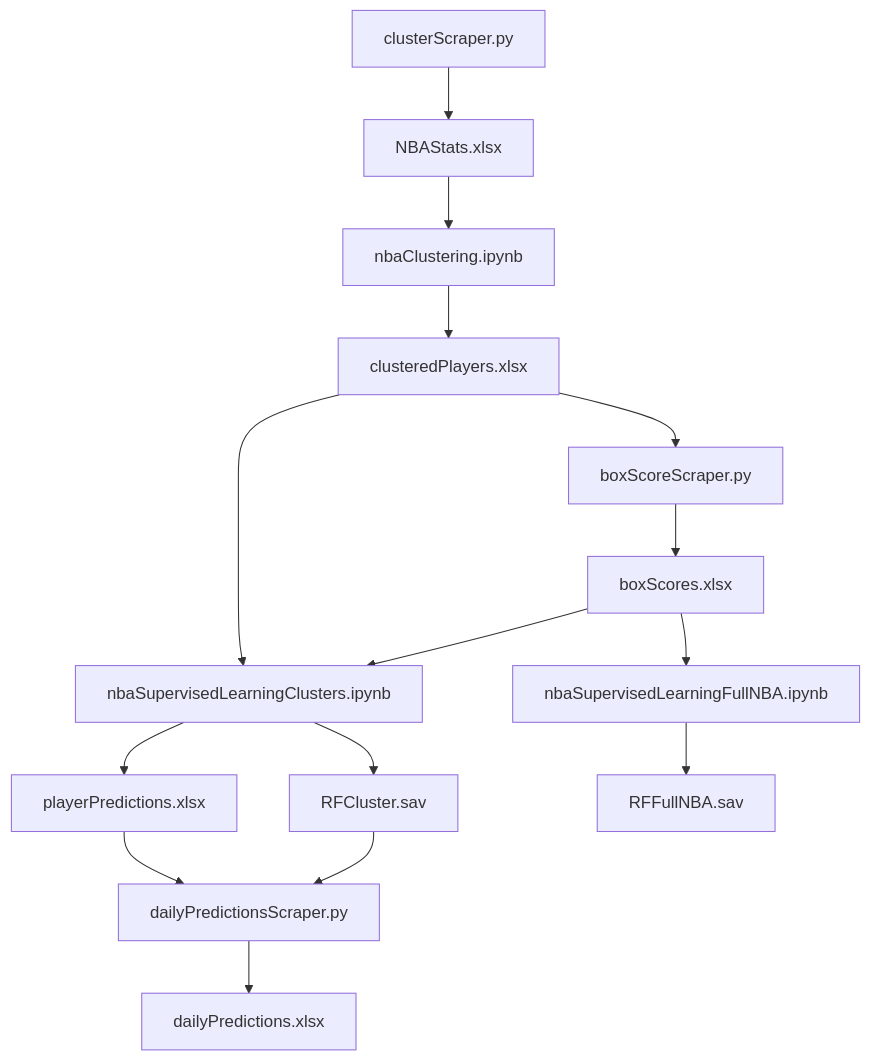
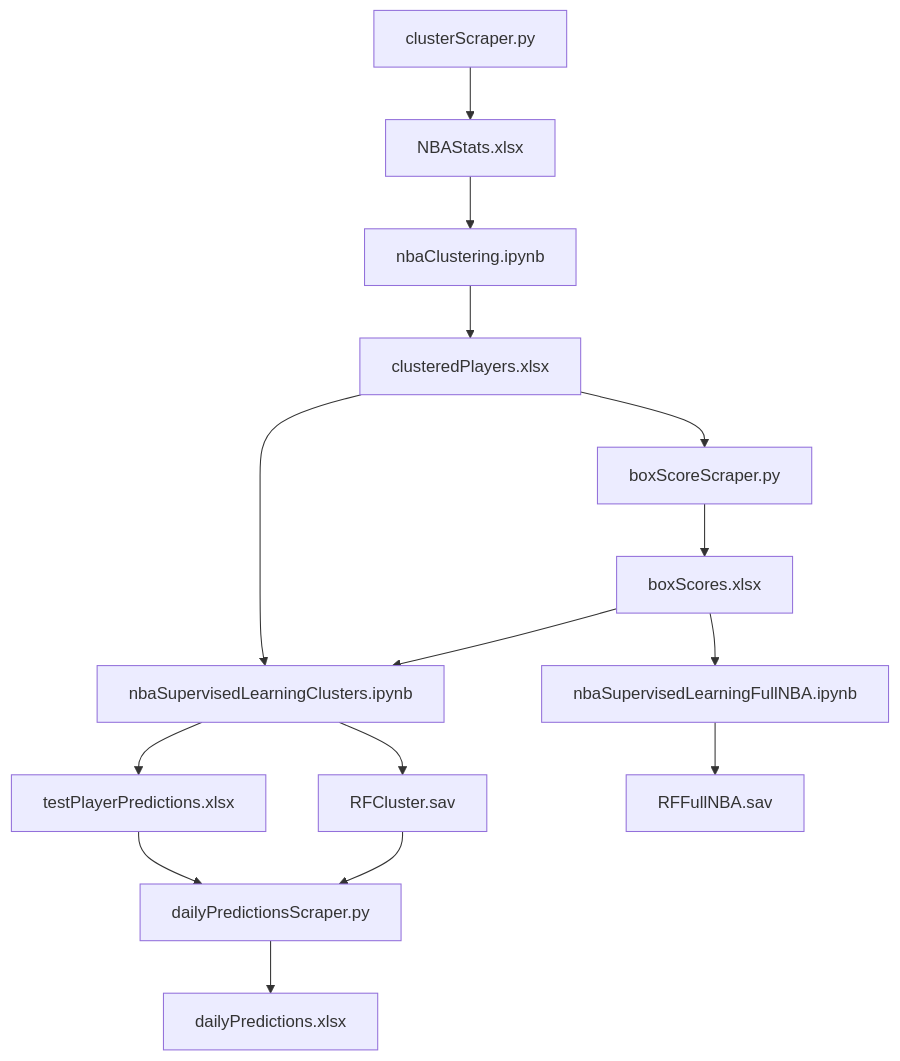
One commit to ibracken/NBA_Machine_Learning changed the diagram in README.md. Above: the diagram before and after it, drawn with Mermaid. The commit also changed other lines of this file and 2 other files, not shown here.

Commit message:
Initialize Tables
Still need to edit scripts to upload future data to tables

````diff
--- a/README.md
+++ b/README.md
@@ -65,18 +66,18 @@
 ```mermaid
 graph TD;
     clusterScraper.py-->NBAStats.xlsx;
     boxScoreScraper.py-->boxScores.xlsx;
     NBAStats.xlsx-->nbaClustering.ipynb;
     nbaClustering.ipynb-->clusteredPlayers.xlsx;
     boxScores.xlsx-->nbaSupervisedLearningFullNBA.ipynb;
     boxScores.xlsx-->nbaSupervisedLearningClusters.ipynb;
     clusteredPlayers.xlsx-->nbaSupervisedLearningClusters.ipynb;
-    nbaSupervisedLearningClusters.ipynb-->playerPredictions.xlsx;
+    nbaSupervisedLearningClusters.ipynb-->testPlayerPredictions.xlsx;
     nbaSupervisedLearningClusters.ipynb-->RFCluster.sav;
     nbaSupervisedLearningFullNBA.ipynb-->RFFullNBA.sav;
     RFCluster.sav-->dailyPredictionsScraper.py;
-    playerPredictions.xlsx-->dailyPredictionsScraper.py;
+    testPlayerPredictions.xlsx-->dailyPredictionsScraper.py;
     clusteredPlayers.xlsx-->boxScoreScraper.py;
     dailyPredictionsScraper.py-->dailyPredictions.xlsx;
 
 ```
````
